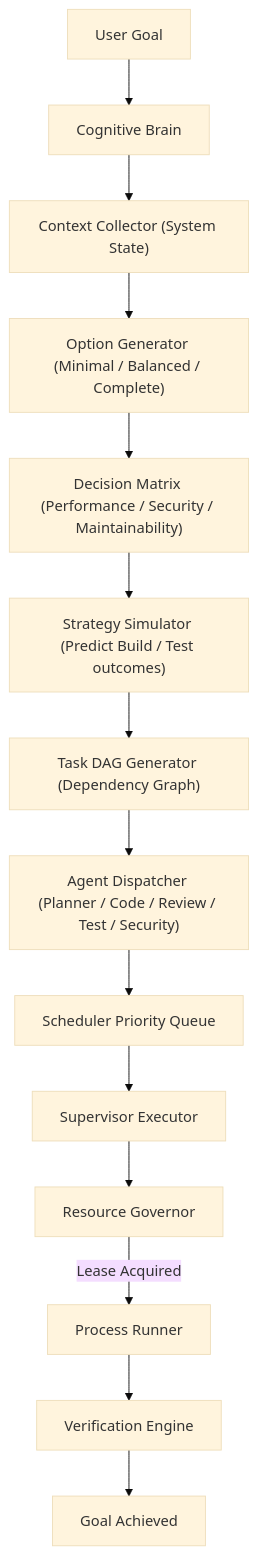
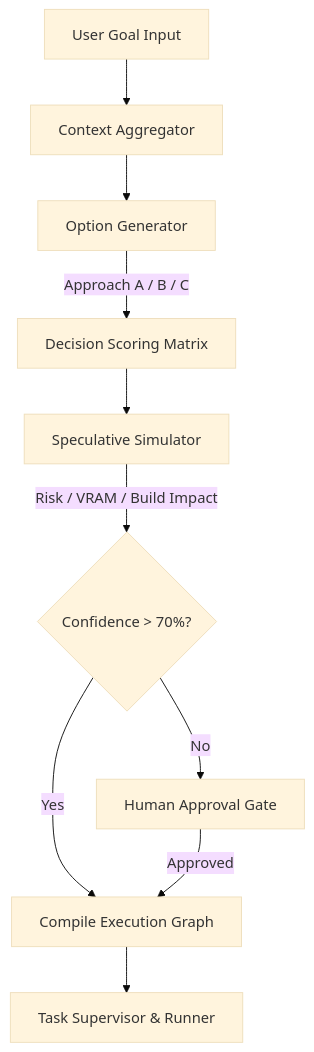
One commit to webspoilt/localflow-ide changed the third of 7 diagrams in README.md. Above: the diagram before and after it, drawn with Mermaid (base theme). The commit also changed other lines of this file and 29 other files, not shown here.

Commit message:
feat: build cognitive development operating layer

````diff
--- a/README.md
+++ b/README.md
@@ -33,16 +114,12 @@
 ```mermaid
 graph TD
-    UserGoal[User Goal] --> Brain[Cognitive Brain]
-    Brain --> ContextCollect["Context Collector (System State)"]
-    ContextCollect --> OptionGen["Option Generator (Minimal / Balanced / Complete)"]
-    OptionGen --> DecMatrix["Decision Matrix (Performance / Security / Maintainability)"]
-    DecMatrix --> StrategySim["Strategy Simulator (Predict Build / Test outcomes)"]
-    StrategySim --> TaskDAG["Task DAG Generator (Dependency Graph)"]
-    TaskDAG --> AgentDispatch["Agent Dispatcher (Planner / Code / Review / Test / Security)"]
-    AgentDispatch --> Scheduler["Scheduler Priority Queue"]
-    Scheduler --> Supervisor["Supervisor Executor"]
-    Supervisor --> ResourceGovernor["Resource Governor"]
-    ResourceGovernor -- "Lease Acquired" --> ProcessRunner["Process Runner"]
-    ProcessRunner --> ExecutionVerification["Verification Engine"]
-    ExecutionVerification --> Complete["Goal Achieved"]
+    UserGoal[User Goal Input] --> ContextCollect[Context Aggregator]
+    ContextCollect --> OptionGen[Option Generator]
+    OptionGen -->|Approach A / B / C| DecMatrix[Decision Scoring Matrix]
+    DecMatrix --> SpecSim[Speculative Simulator]
+    SpecSim -->|Risk / VRAM / Build Impact| ConfidenceCheck{Confidence > 70%?}
+    ConfidenceCheck -->|No| Approval[Human Approval Gate]
+    ConfidenceCheck -->|Yes| ExecutionDAG[Compile Execution Graph]
+    Approval -->|Approved| ExecutionDAG
+    ExecutionDAG --> Supervisor[Task Supervisor & Runner]
 ```
````
